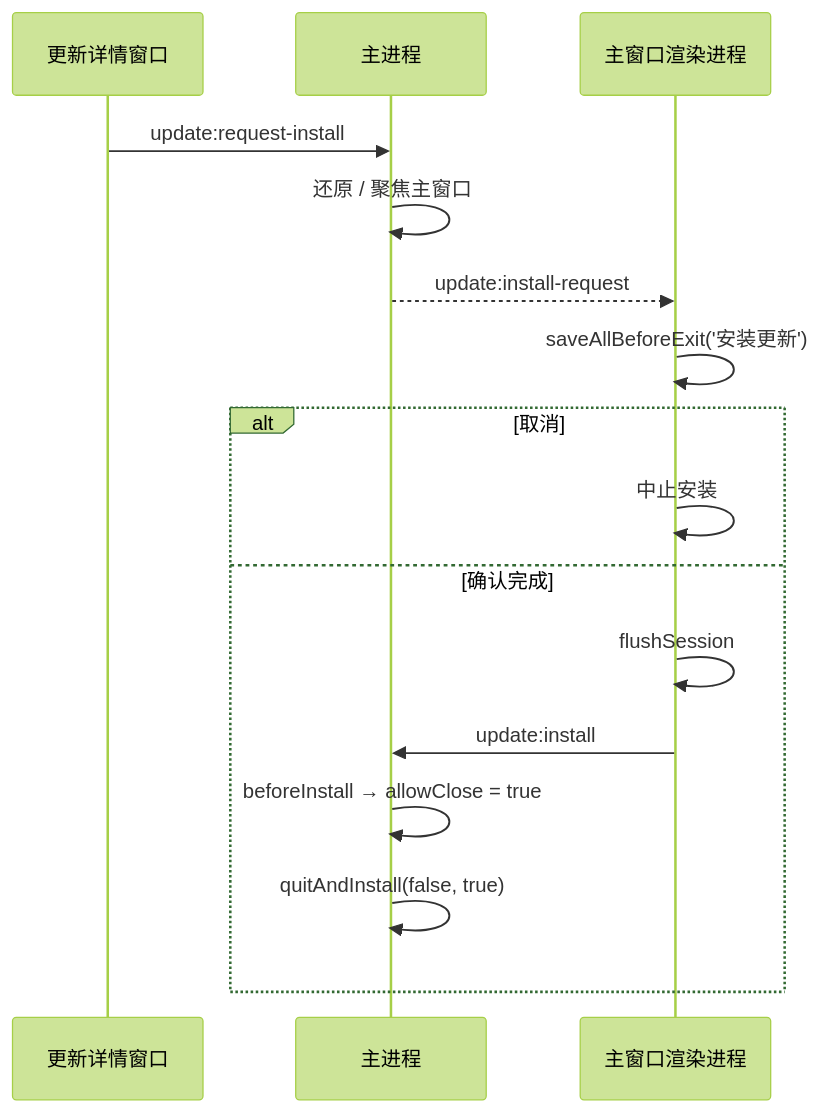
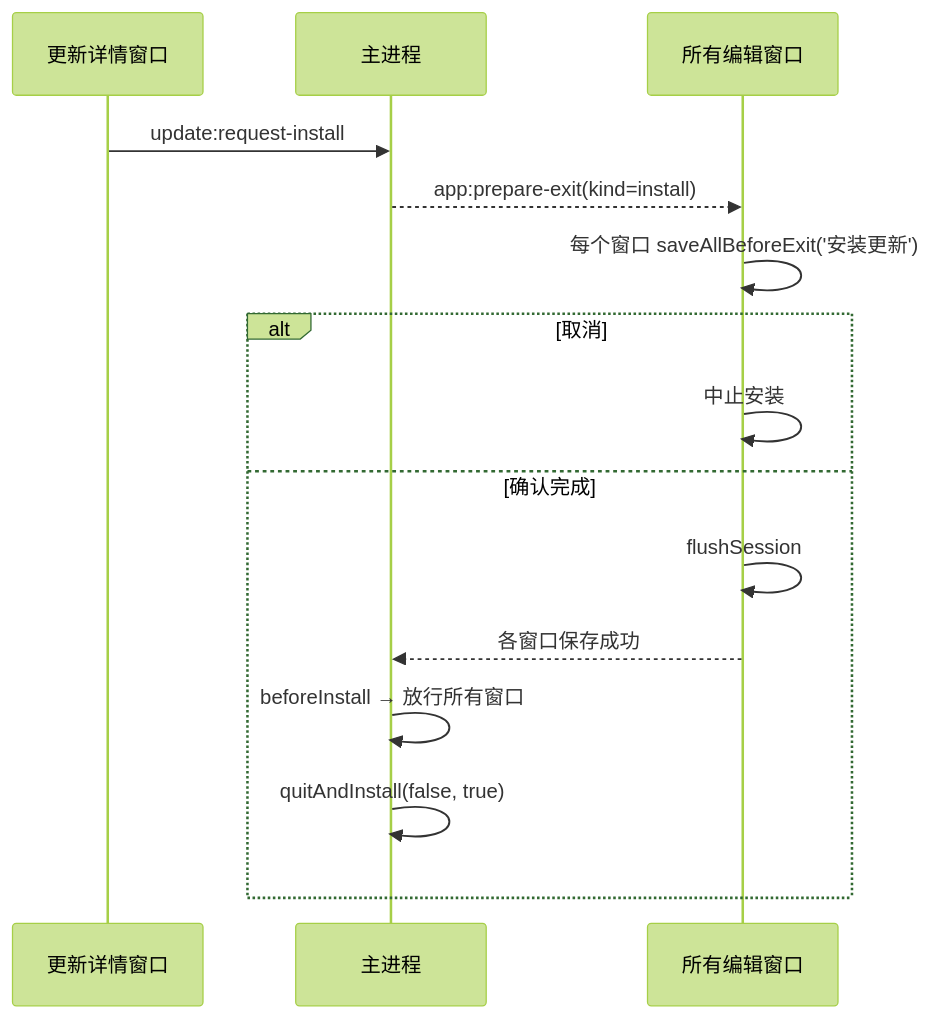
The fifth of 5 diagrams in docs/会话恢复与窗口状态.md (Harley-xk/mark-it), drawn with Mermaid (forest theme) before and after one commit. The commit also changed other lines of this file and 47 other files, not shown here.

````diff
--- a/docs/会话恢复与窗口状态.md
+++ b/docs/会话恢复与窗口状态.md
@@ -330,19 +345,18 @@
 ```mermaid
 sequenceDiagram
     participant W as 更新详情窗口
     participant M as 主进程
-    participant R as 主窗口渲染进程
+    participant R as 所有编辑窗口
 
     W->>M: update:request-install
-    M->>M: 还原 / 聚焦主窗口
-    M-->>R: update:install-request
-    R->>R: saveAllBeforeExit('安装更新')
+    M-->>R: app:prepare-exit(kind=install)
+    R->>R: 每个窗口 saveAllBeforeExit('安装更新')
     alt 取消
         R->>R: 中止安装
     else 确认完成
         R->>R: flushSession
-        R->>M: update:install
-        M->>M: beforeInstall → allowClose = true
+        R-->>M: 各窗口保存成功
+        M->>M: beforeInstall → 放行所有窗口
         M->>M: quitAndInstall(false, true)
     end
 ```
````
